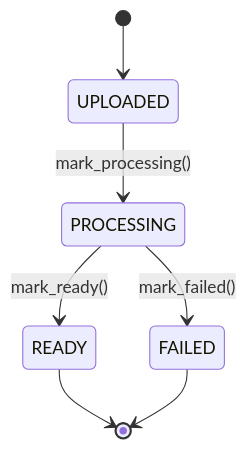
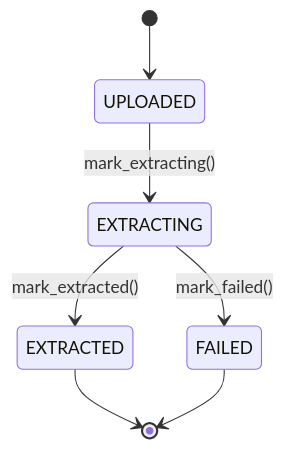
The second of 8 diagrams in docs/architecture.md (jacogro13/Cicero), drawn with Mermaid before and after one commit. The commit also changed other lines of this file, not shown here.

Commit message:
docs(architecture): the stage table; recovery collapses into dispatch

````diff
--- a/docs/architecture.md
+++ b/docs/architecture.md
@@ -63,9 +66,9 @@
 ```mermaid
 stateDiagram-v2
     [*] --> UPLOADED
-    UPLOADED --> PROCESSING: mark_processing()
-    PROCESSING --> READY: mark_ready()
-    PROCESSING --> FAILED: mark_failed()
-    READY --> [*]
+    UPLOADED --> EXTRACTING: mark_extracting()
+    EXTRACTING --> EXTRACTED: mark_extracted()
+    EXTRACTING --> FAILED: mark_failed()
+    EXTRACTED --> [*]
     FAILED --> [*]
 ```
````
